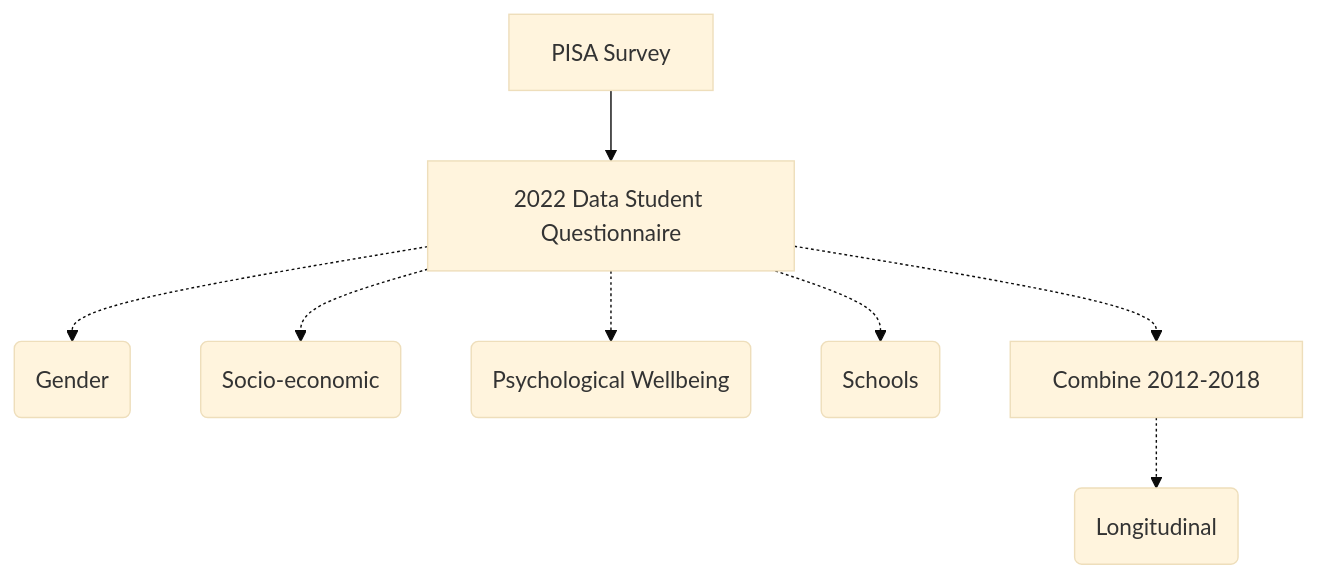
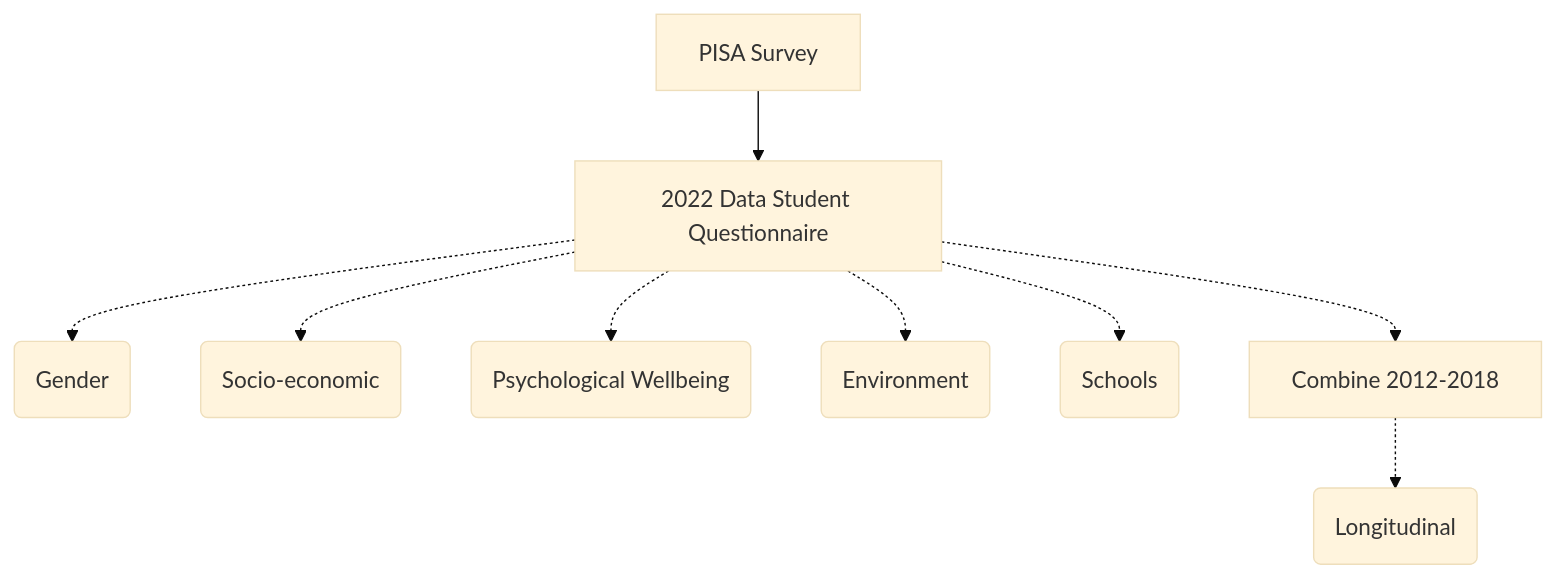
The diagram in Phase1/datawrangling.qmd (kytjy/ISS608-VAA-GroupProj), drawn with Mermaid (base theme) before and after one commit. The commit also changed 2 other files, not shown here.

Commit message:
Commit Mermaid Chart

````diff
--- a/Phase1/datawrangling.qmd
+++ b/Phase1/datawrangling.qmd
@@ -97,22 +97,23 @@
 ```{mermaid}
 %%| fig-width: 8
 %%| echo: false
 
 flowchart TD
 
     A[PISA Survey] --> A1[2022 Data Student Questionnaire] 
 
 
     A1 -.-> A11(Gender)
     A1 -.-> A12(Socio-economic)
     A1 -.-> A13(Psychological Wellbeing)
-    A1 -.-> A14(Schools)  
+    A1 -.-> A14(Environment)    
+    A1 -.-> A15(Schools)  
 
     A1 -.-> A2   
     A2[Combine 2012-2018]-.->A3(Longitudinal)
 
     
 
 
 
 ```
````
